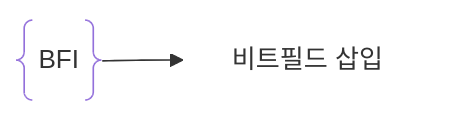
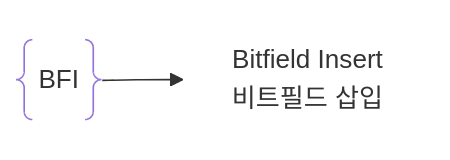
Before and after one commit to ViVaKR/Hun: diagram 28 of 47 in docs/index.md, drawn with Mermaid. The commit also changed other lines of this file, not shown here.

````diff
--- a/docs/index.md
+++ b/docs/index.md
@@ -514,6 +530,6 @@
 ```mermaid
 flowchart LR
    BFI@{ shape: braces}    
-   BFI --> desc["비트필드 삽입"]
+   BFI --> desc["Bitfield Insert<br>비트필드 삽입"]
    style desc fill:none,stroke:none
 ```
````
